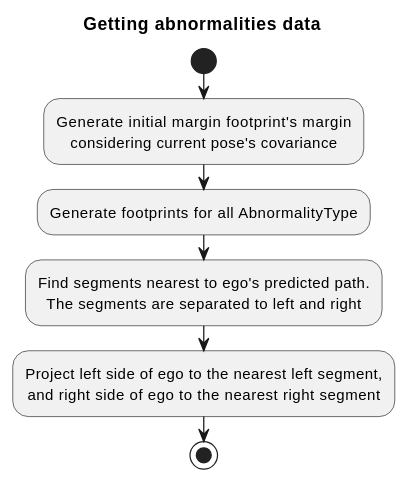
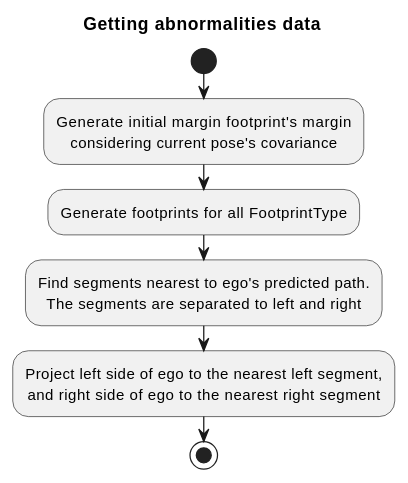
The second of 2 diagrams in planning/motion_velocity_planner/autoware_motion_velocity_boundary_departure_prevention_module/README.md (paulsohn/autoware_universe_planning_2), drawn with PlantUML before and after one commit. The commit also changed 3 other files, not shown here.

First line of the commit message:
refactor(boundary_departure): footprint generator and renaming abnormality type to footprint type (#11992)

````diff
--- a/planning/motion_velocity_planner/autoware_motion_velocity_boundary_departure_prevention_module/README.md
+++ b/planning/motion_velocity_planner/autoware_motion_velocity_boundary_departure_prevention_module/README.md
@@ -180,15 +180,15 @@
 ```plantuml
 @startuml
 skinparam defaultTextAlignment center
 skinparam backgroundColor #WHITE
 
 title Getting abnormalities data
 start
 :Generate initial margin footprint's margin\nconsidering current pose's covariance;
-:Generate footprints for all AbnormalityType;
+:Generate footprints for all FootprintType;
 :Find segments nearest to ego's predicted path.\nThe segments are separated to left and right;
 :Project left side of ego to the nearest left segment,\nand right side of ego to the nearest right segment;
 
 stop
 @enduml
 ```
````
